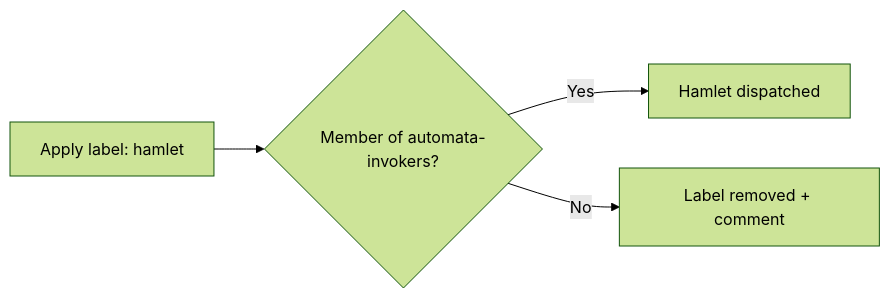
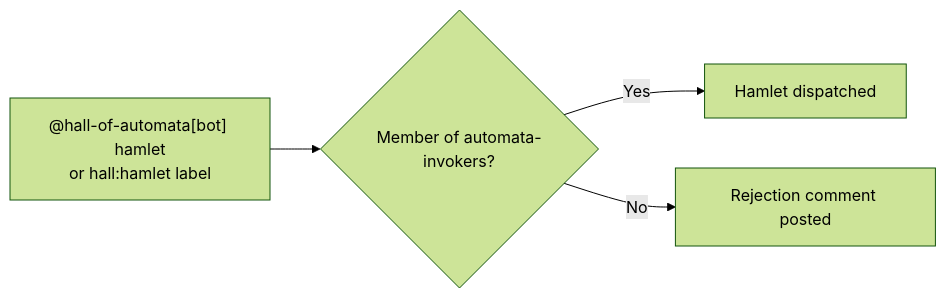
Before and after one commit to MockaSort-Studio/hall-of-automata: the diagram in roster/hamlet.md, drawn with Mermaid (forest theme). The commit also changed other lines of this file and 8 other files, not shown here.

````diff
--- a/roster/hamlet.md
+++ b/roster/hamlet.md
@@ -29,6 +31,6 @@
 ```mermaid
 flowchart LR
-    A[Apply label: hamlet] --> B{Member of automata-invokers?}
+    A["@hall-of-automata[bot] hamlet\nor hall:hamlet label"] --> B{Member of automata-invokers?}
     B -- Yes --> C[Hamlet dispatched]
-    B -- No --> D[Label removed + comment]
+    B -- No --> D[Rejection comment posted]
 ```
````
